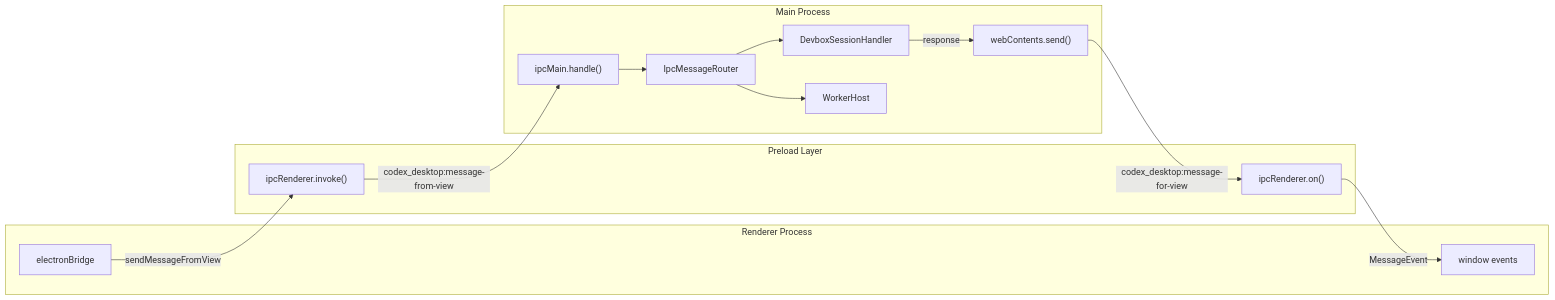
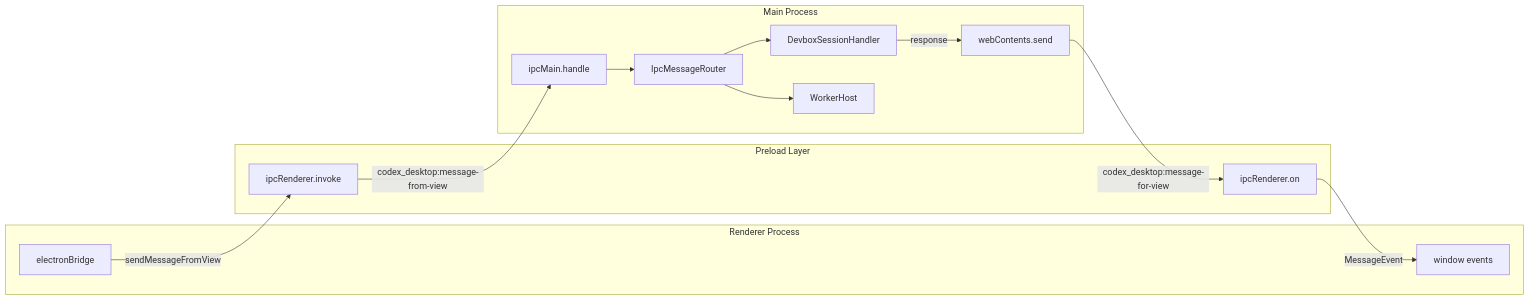
Before and after one commit to ChrisFeldmeier/codex-research: the first of 2 diagrams in 05-ipc-protocol.md, drawn with Mermaid. The commit also changed other lines of this file and 14 other files, not shown here.

Commit message:
Refactor mermaid diagrams to flowchart syntax and enhance label descriptions across multiple documentation files

````diff
--- a/05-ipc-protocol.md
+++ b/05-ipc-protocol.md
@@ -9,30 +9,30 @@
 ```mermaid
-graph LR
+flowchart LR
     subgraph "Renderer Process"
         R_BRIDGE["electronBridge"]
         R_WINDOW["window events"]
     end
 
     subgraph "Preload Layer"
-        P_INVOKE["ipcRenderer.invoke()"]
-        P_ON["ipcRenderer.on()"]
+        P_INVOKE["ipcRenderer.invoke"]
+        P_ON["ipcRenderer.on"]
     end
 
     subgraph "Main Process"
-        M_HANDLE["ipcMain.handle()"]
-        M_SEND["webContents.send()"]
+        M_HANDLE["ipcMain.handle"]
+        M_SEND["webContents.send"]
         M_ROUTER["IpcMessageRouter"]
         M_DSH["DevboxSessionHandler"]
         M_WORKER["WorkerHost"]
     end
 
     R_BRIDGE -->|"sendMessageFromView"| P_INVOKE
     P_INVOKE -->|"codex_desktop:message-from-view"| M_HANDLE
     M_HANDLE --> M_ROUTER
     M_ROUTER --> M_DSH
     M_ROUTER --> M_WORKER
 
     M_DSH -->|"response"| M_SEND
     M_SEND -->|"codex_desktop:message-for-view"| P_ON
     P_ON -->|"MessageEvent"| R_WINDOW
 ```
````
